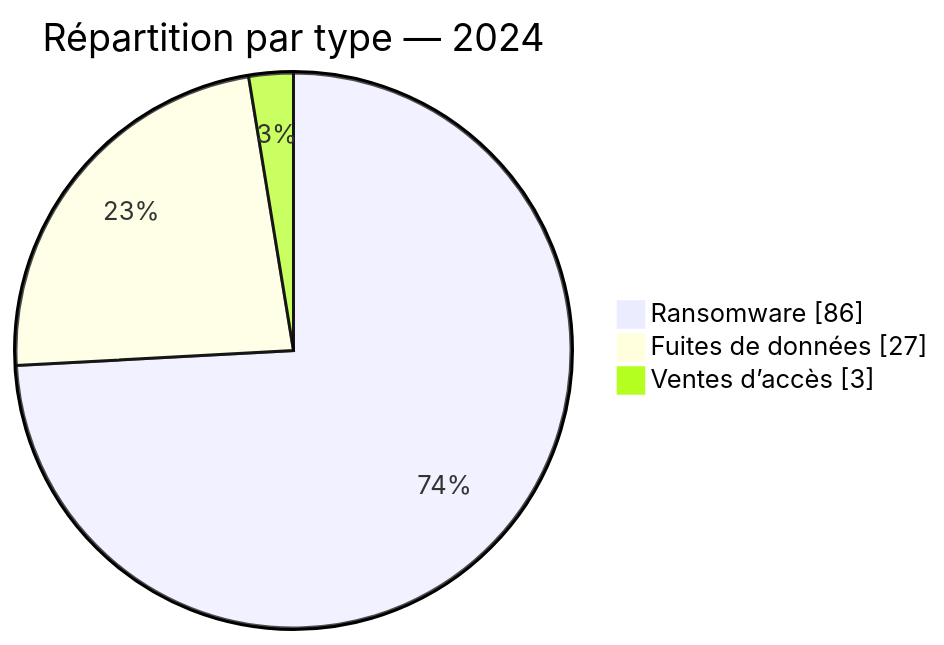
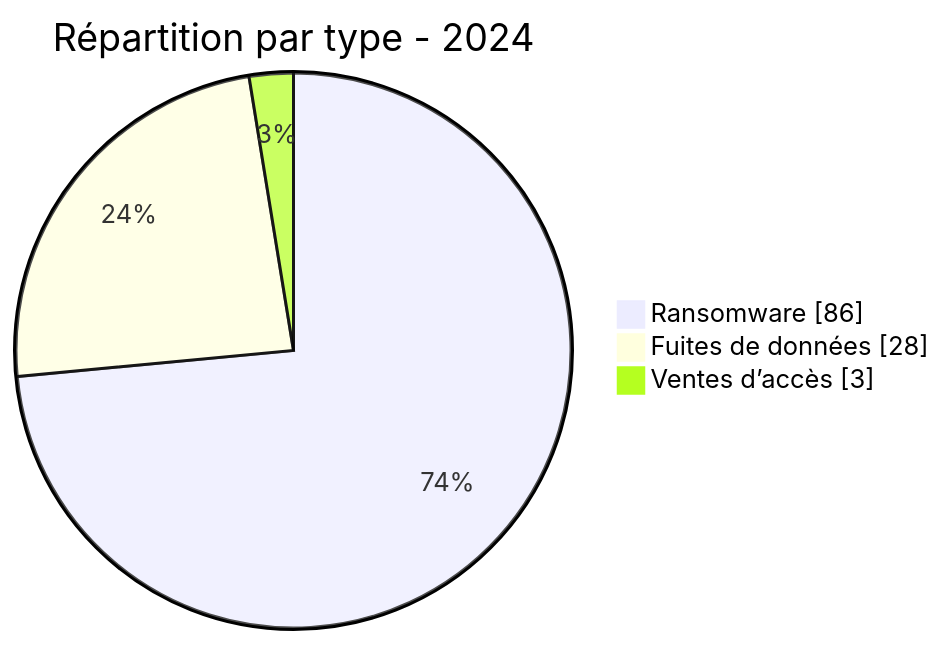
One commit to Hatchepsoute/AFRINTEL changed the second of 3 diagrams in CyberAttackAfrica/2024/README_FR.md. Above: the diagram before and after it, drawn with Mermaid. The commit also changed other lines of this file and 182 other files, not shown here.

````diff
--- a/CyberAttackAfrica/2024/README_FR.md
+++ b/CyberAttackAfrica/2024/README_FR.md
@@ -66,7 +66,7 @@
 ```mermaid
 pie showData
-    title Répartition par type — 2024
+    title Répartition par type - 2024
     "Ransomware" : 86
-    "Fuites de données" : 27
+    "Fuites de données" : 28
     "Ventes d’accès" : 3
 ```
````
